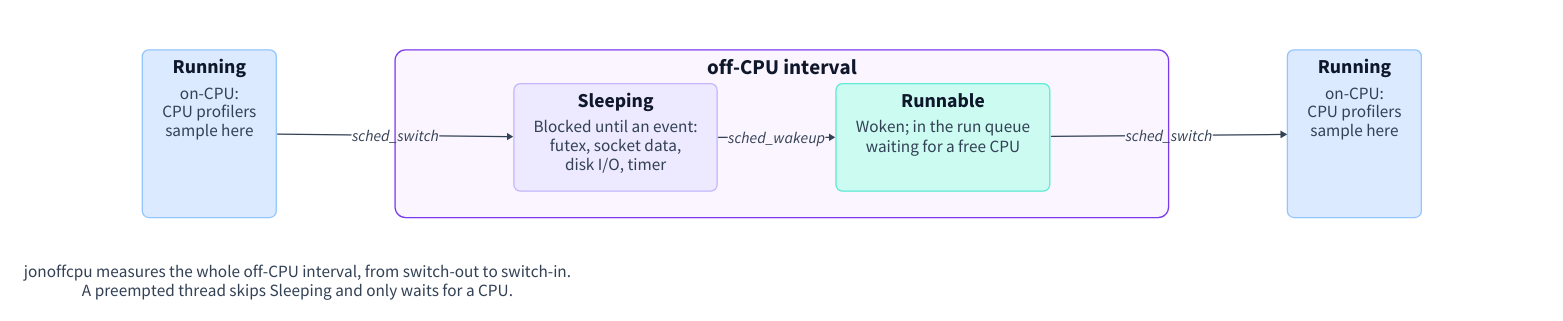
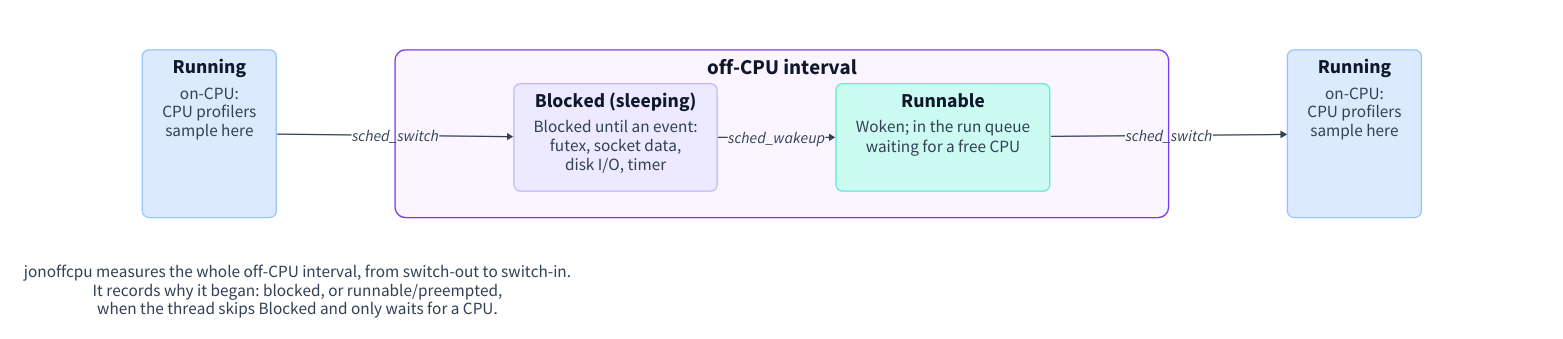
One commit to jonoffcpu/jonoffcpu changed the diagram in docs/diagrams/offcpu-timeline.d2. Above: the diagram before and after it, drawn with D2. The commit also changed 60 other files, not shown here. The source asks for the TALA layout; these drawings use dagre instead.

First line of the commit message:
Classify off-CPU intervals by switch-out reason and add a stack profile (#2)

```diff
--- a/docs/diagrams/offcpu-timeline.d2
+++ b/docs/diagrams/offcpu-timeline.d2
@@ -1,105 +1,105 @@
 # One thread as the Linux scheduler sees it: the states between two runs on a CPU.
 # Render from the repository root with
 #   docs/diagrams/render.sh offcpu-timeline   (d2 --layout=tala, output docs/images/)
 #
 # Layout notes (see architecture.d2 for the full list of TALA rules):
 # - A hidden single-row grid pins the three spans in time order; TALA alone would
 #   stack them. Edges between grid cells are routed straight by d2 (rule 5), which
 #   is what a timeline wants.
 # - The off-CPU interval is a one-row grid around the two off-CPU states; that is what
-#   draws the bracket and keeps Sleeping left of Runnable. The on-CPU states are plain
+#   draws the bracket and keeps Blocked left of Runnable. The on-CPU states are plain
 #   boxes so the whole row stays narrow enough to read at README width.
 # - Preemption (Running -> Runnable without sleeping) is a note under the timeline
-#   rather than an edge: a straight edge across the Sleeping cell would cross it.
+#   rather than an edge: a straight edge across the Blocked cell would cross it.
 
 direction: right
 
 vars: {
   d2-config: {
     layout-engine: tala
     theme-id: 0
   }
 }
 
 classes: {
   span-blue: {
     style.fill: "#eff6ff"
     style.stroke: "#2563eb"
     style.stroke-width: 2
     style.border-radius: 16
     style.font-color: "#0f172a"
     style.font-size: 32
     style.bold: true
   }
   span-violet: {
     style.fill: "#faf5ff"
     style.stroke: "#7c3aed"
     style.stroke-width: 2
     style.border-radius: 16
     style.font-color: "#0f172a"
     style.font-size: 32
     style.bold: true
   }
   state: {
     label.near: top-center
     style.border-radius: 10
     style.font-color: "#0f172a"
     style.font-size: 30
     style.bold: true
   }
   state-blue: {style.fill: "#dbeafe"; style.stroke: "#93c5fd"}
   state-violet: {style.fill: "#ede9fe"; style.stroke: "#c4b5fd"}
   state-teal: {style.fill: "#ccfbf1"; style.stroke: "#5eead4"}
   detail: {
     shape: text
     style.font-size: 26
     style.bold: false
     style.font-color: "#334155"
   }
   flow: {style.stroke: "#334155"; style.stroke-width: 2; style.font-color: "#334155"; style.font-size: 24}
   flow-dashed: {style.stroke-dash: 5}
 }
 
 page: "" {
   style.opacity: 0
   grid-columns: 1
   grid-gap: 24
 
 timeline: "" {
   style.opacity: 0
   grid-rows: 1
   horizontal-gap: 180
   vertical-gap: 40
 
   before: Running {
     class: [state; state-blue]
     detail: "on-CPU:\nCPU profilers\nsample here" {class: detail}
   }
 
   offcpu: "off-CPU interval" {
     class: span-violet
     grid-rows: 1
     horizontal-gap: 180
     vertical-gap: 40
-    sleeping: Sleeping {
+    sleeping: "Blocked (sleeping)" {
       class: [state; state-violet]
       detail: "Blocked until an event:\nfutex, socket data,\ndisk I/O, timer" {class: detail}
     }
     runnable: Runnable {
       class: [state; state-teal]
       detail: "Woken; in the run queue\nwaiting for a free CPU" {class: detail}
     }
     sleeping -> runnable: sched_wakeup {class: flow}
   }
 
   after: Running {
     class: [state; state-blue]
     detail: "on-CPU:\nCPU profilers\nsample here" {class: detail}
   }
 }
 
-note: "jonoffcpu measures the whole off-CPU interval, from switch-out to switch-in.\nA preempted thread skips Sleeping and only waits for a CPU." {class: detail}
+note: "jonoffcpu measures the whole off-CPU interval, from switch-out to switch-in.\nIt records why it began: blocked, or runnable/preempted,\nwhen the thread skips Blocked and only waits for a CPU." {class: detail}
 }
 
 page.timeline.before -> page.timeline.offcpu.sleeping: sched_switch {class: flow}
 page.timeline.offcpu.runnable -> page.timeline.after: sched_switch {class: flow}
```
